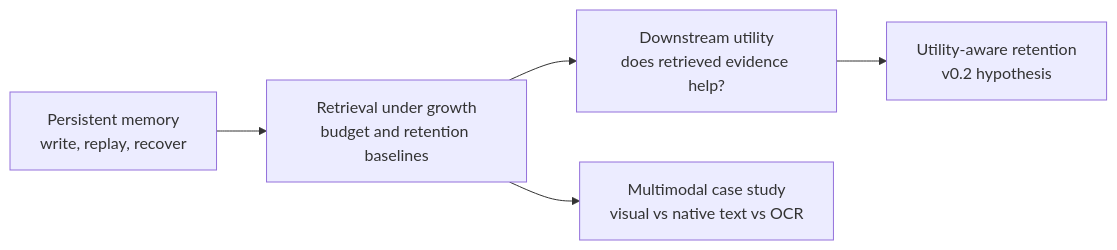
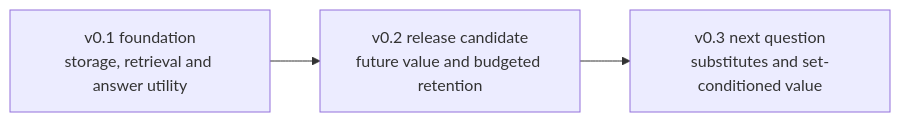
The diagram in README.md (TOMDFTBA/agent-memory-utility), drawn with Mermaid before and after one commit. The commit also changed other lines of this file and 135 other files, not shown here.

Commit message:
Add v0.2 utility-aware retention experiments

````diff
--- a/README.md
+++ b/README.md
@@ -18,11 +13,5 @@
 ```mermaid
 flowchart LR
-    A[Persistent memory<br/>write, replay, recover]
-    B[Retrieval under growth<br/>budget and retention baselines]
-    C[Downstream utility<br/>does retrieved evidence help?]
-    D[Utility-aware retention<br/>v0.2 hypothesis]
-    M[Multimodal case study<br/>visual vs native text vs OCR]
-
-    A --> B --> C --> D
-    B --> M
+    A[v0.1 foundation<br/>storage, retrieval and answer utility] --> B[v0.2 release candidate<br/>future value and budgeted retention]
+    B --> C[v0.3 next question<br/>substitutes and set-conditioned value]
 ```
````
